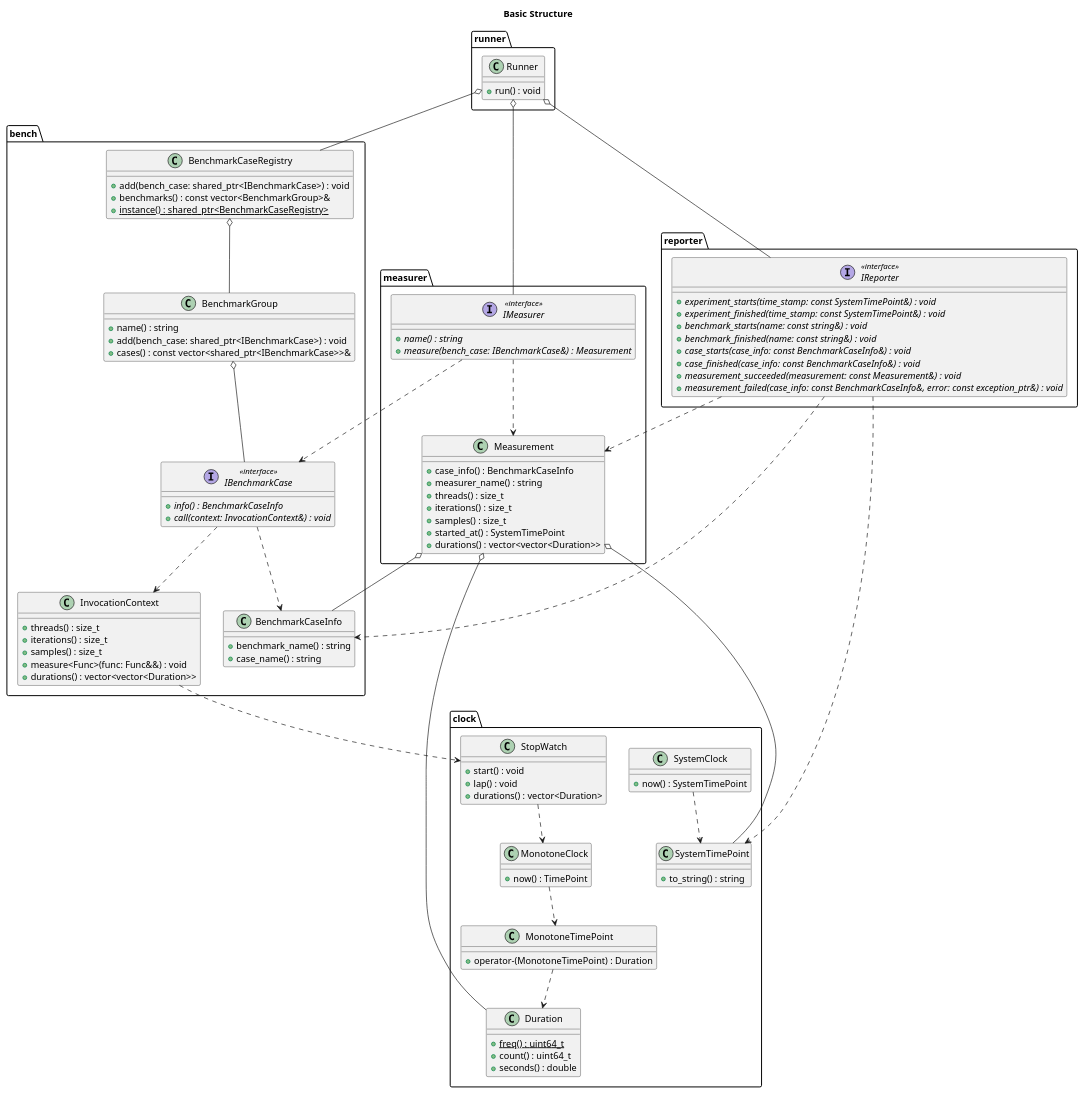
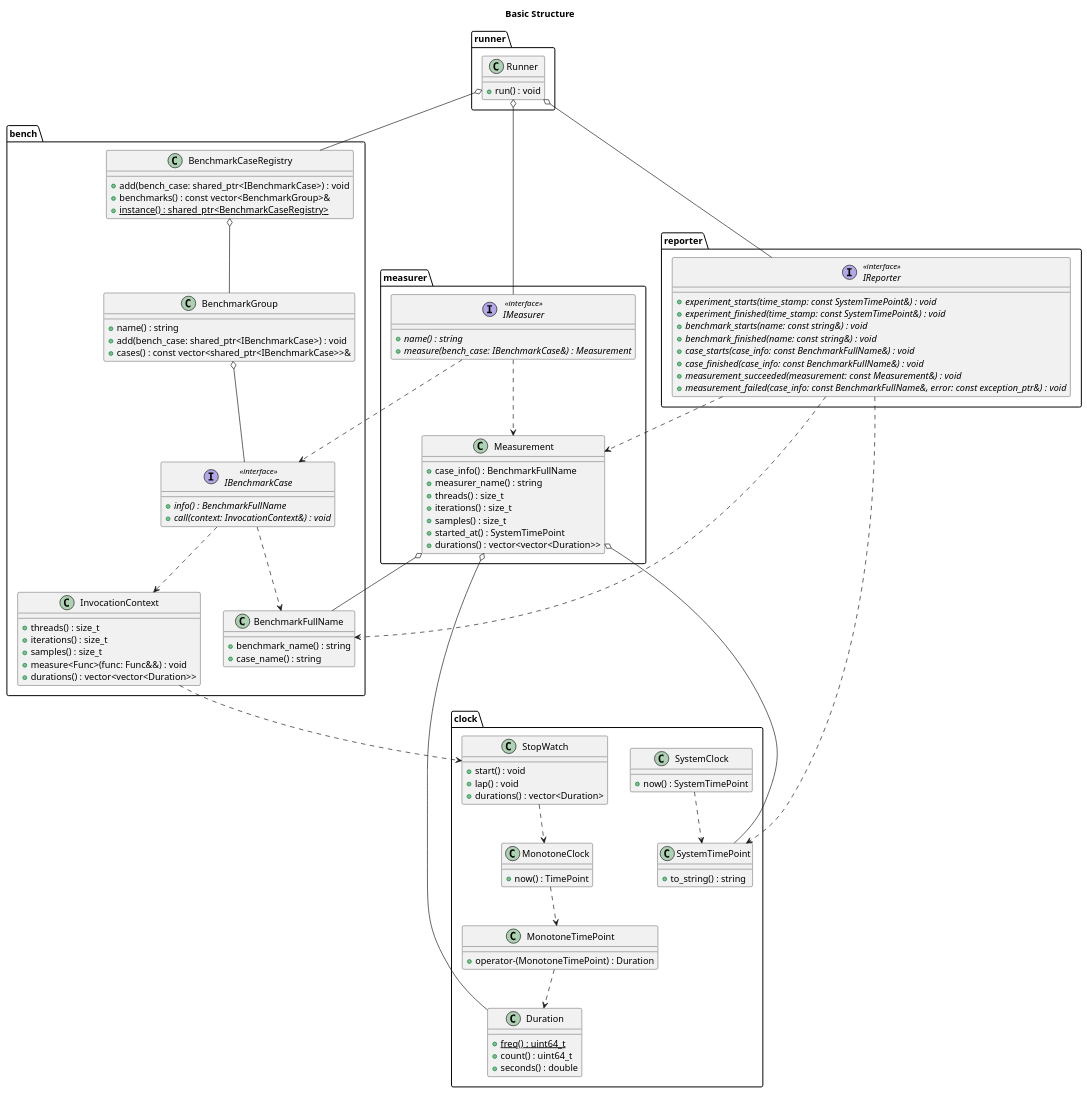
One commit to MusicScience37/cpp-stat-bench changed the diagram in doc/sphinx/src/basic_design/basic_structure.puml. Above: the diagram before and after it, drawn with PlantUML. The commit also changed 39 other files, not shown here.

```diff
--- a/doc/sphinx/src/basic_design/basic_structure.puml
+++ b/doc/sphinx/src/basic_design/basic_structure.puml
@@ -1,123 +1,123 @@
 @startuml basic_structure
 
 title Basic Structure
 
 package clock {
     class Duration {
         {static} + freq() : uint64_t
         + count() : uint64_t
         + seconds() : double
     }
 
     class MonotoneTimePoint {
         + operator-(MonotoneTimePoint) : Duration
     }
     MonotoneTimePoint ..> Duration
 
     class MonotoneClock {
         + now() : TimePoint
     }
     MonotoneClock ..> MonotoneTimePoint
 
     class StopWatch {
         + start() : void
         + lap() : void
         + durations() : vector<Duration>
     }
     StopWatch ..> MonotoneClock
 
     class SystemTimePoint {
         + to_string() : string
     }
 
     class SystemClock {
         + now() : SystemTimePoint
     }
     SystemClock ..> SystemTimePoint
 }
 
 package bench {
     class InvocationContext {
         + threads() : size_t
         + iterations() : size_t
         + samples() : size_t
         + measure<Func>(func: Func&&) : void
         + durations() : vector<vector<Duration>>
     }
     InvocationContext ..> StopWatch
 
-    class BenchmarkCaseInfo {
+    class BenchmarkFullName {
         + benchmark_name() : string
         + case_name() : string
     }
 
     interface IBenchmarkCase <<interface>> {
-        {abstract} + info() : BenchmarkCaseInfo
+        {abstract} + info() : BenchmarkFullName
         {abstract} + call(context: InvocationContext&) : void
     }
-    IBenchmarkCase ..> BenchmarkCaseInfo
+    IBenchmarkCase ..> BenchmarkFullName
     IBenchmarkCase ..> InvocationContext
 
     class BenchmarkGroup {
         + name() : string
         + add(bench_case: shared_ptr<IBenchmarkCase>) : void
         + cases() : const vector<shared_ptr<IBenchmarkCase>>&
     }
     BenchmarkGroup o-- IBenchmarkCase
 
     class BenchmarkCaseRegistry {
         + add(bench_case: shared_ptr<IBenchmarkCase>) : void
         + benchmarks() : const vector<BenchmarkGroup>&
         {static} + instance() : shared_ptr<BenchmarkCaseRegistry>
     }
     BenchmarkCaseRegistry o-- BenchmarkGroup
 }
 
 package measurer {
     class Measurement {
-        + case_info() : BenchmarkCaseInfo
+        + case_info() : BenchmarkFullName
         + measurer_name() : string
         + threads() : size_t
         + iterations() : size_t
         + samples() : size_t
         + started_at() : SystemTimePoint
         + durations() : vector<vector<Duration>>
     }
-    Measurement o-- BenchmarkCaseInfo
+    Measurement o-- BenchmarkFullName
     Measurement o-- SystemTimePoint
     Measurement o-- Duration
 
     interface IMeasurer <<interface>> {
         {abstract} + name() : string
         {abstract} + measure(bench_case: IBenchmarkCase&) : Measurement
     }
     IMeasurer ..> IBenchmarkCase
     IMeasurer ..> Measurement
 }
 
 package reporter {
     interface IReporter <<interface>> {
         {abstract} + experiment_starts(time_stamp: const SystemTimePoint&) : void
         {abstract} + experiment_finished(time_stamp: const SystemTimePoint&) : void
         {abstract} + benchmark_starts(name: const string&) : void
         {abstract} + benchmark_finished(name: const string&) : void
-        {abstract} + case_starts(case_info: const BenchmarkCaseInfo&) : void
-        {abstract} + case_finished(case_info: const BenchmarkCaseInfo&) : void
+        {abstract} + case_starts(case_info: const BenchmarkFullName&) : void
+        {abstract} + case_finished(case_info: const BenchmarkFullName&) : void
         {abstract} + measurement_succeeded(measurement: const Measurement&) : void
-        {abstract} + measurement_failed(case_info: const BenchmarkCaseInfo&, error: const exception_ptr&) : void
+        {abstract} + measurement_failed(case_info: const BenchmarkFullName&, error: const exception_ptr&) : void
     }
     IReporter ..> SystemTimePoint
-    IReporter ..> BenchmarkCaseInfo
+    IReporter ..> BenchmarkFullName
     IReporter ..> Measurement
 }
 
 package runner {
     class Runner {
         + run() : void
     }
     Runner o-- IMeasurer
     Runner o-- BenchmarkCaseRegistry
     Runner o-- IReporter
 }
 
 @enduml
```
